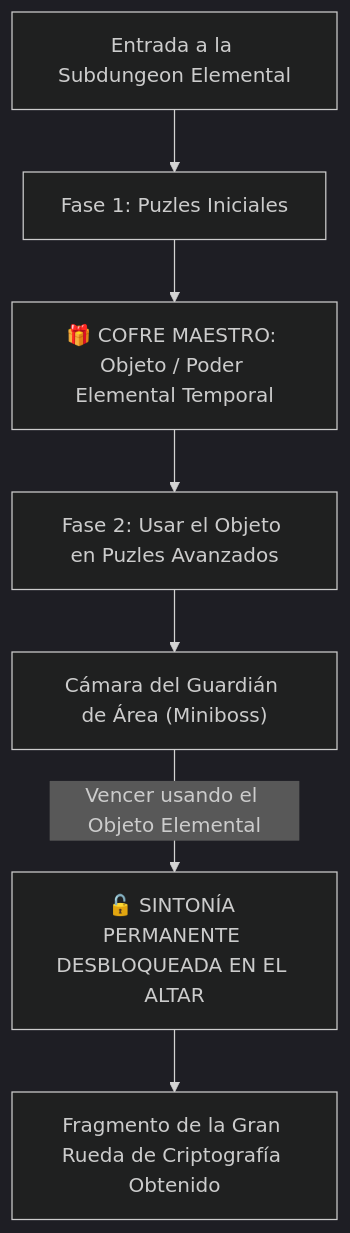
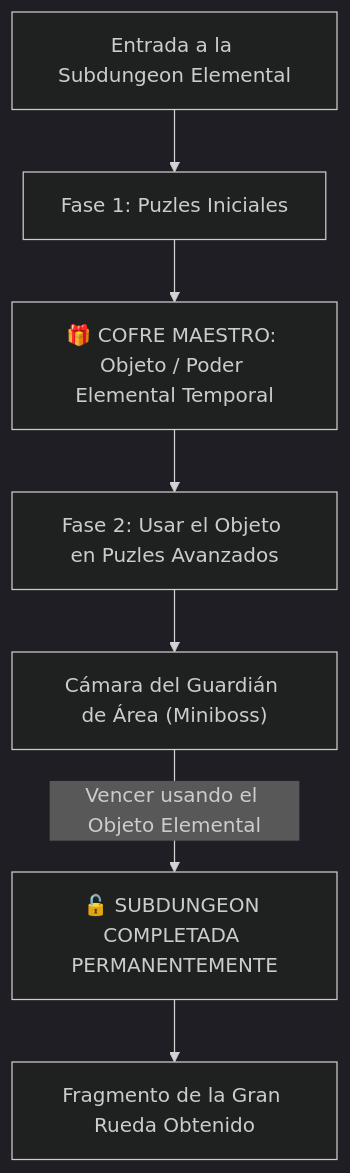
The diagram in 7 - DM/OneShots/ARepeat/00-Indice_y_Sistemas_Core.md (linkmati/ShivathLyss), drawn with Mermaid (dark theme) before and after one commit. The commit also changed other lines of this file and 2 other files, not shown here.

Commit message:
chore: strip sintonía narrative text and lore assumptions, making module purely mechanical and agnostic

````diff
--- a/7 - DM/OneShots/ARepeat/00-Indice_y_Sistemas_Core.md
+++ b/7 - DM/OneShots/ARepeat/00-Indice_y_Sistemas_Core.md
@@ -24,9 +14,9 @@
 ```mermaid
 flowchart TD
     A["Entrada a la Subdungeon Elemental"] --> B["Fase 1: Puzles Iniciales"]
     B --> C["🎁 COFRE MAESTRO: Objeto / Poder Elemental Temporal"]
     C --> D["Fase 2: Usar el Objeto en Puzles Avanzados"]
     D --> E["Cámara del Guardián de Área (Miniboss)"]
-    E -->|"Vencer usando el Objeto Elemental"| F["🔓 SINTONÍA PERMANENTE DESBLOQUEADA EN EL ALTAR"]
-    F --> G["Fragmento de la Gran Rueda de Criptografía Obtenido"]
+    E -->|"Vencer usando el Objeto Elemental"| F["🔓 SUBDUNGEON COMPLETADA PERMANENTEMENTE"]
+    F --> G["Fragmento de la Gran Rueda Obtenido"]
 ```
````
